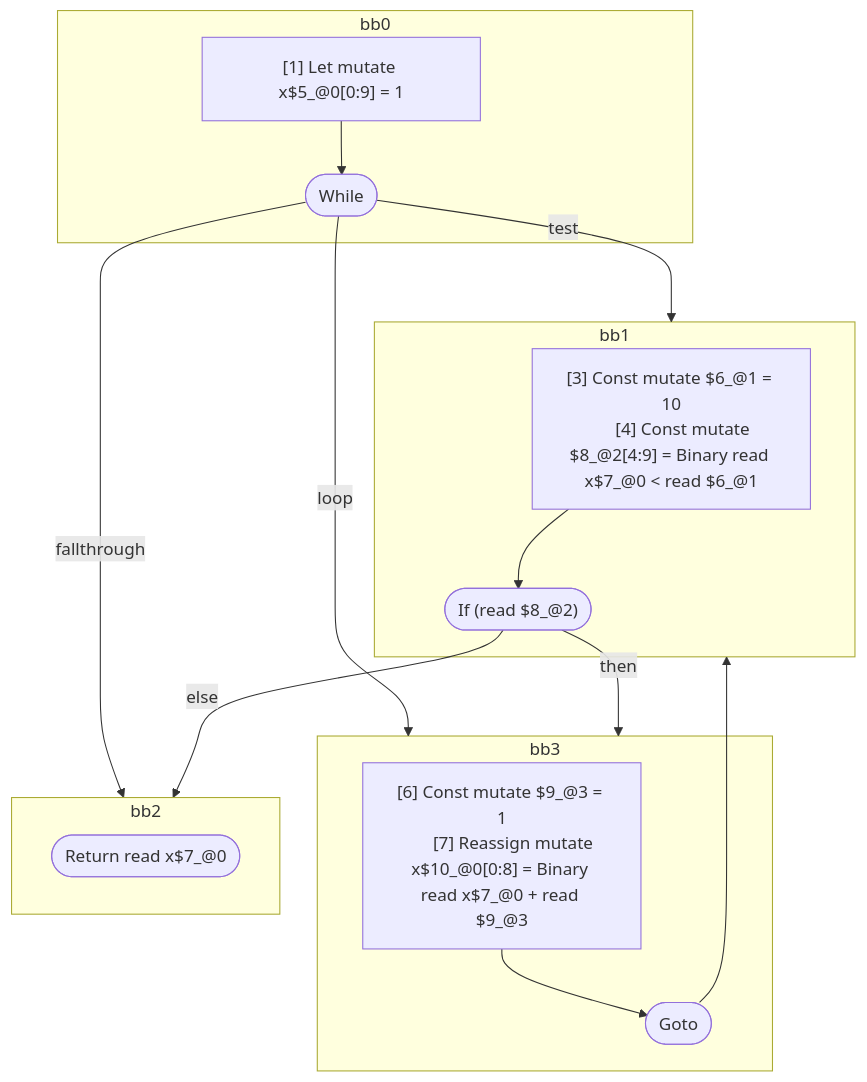
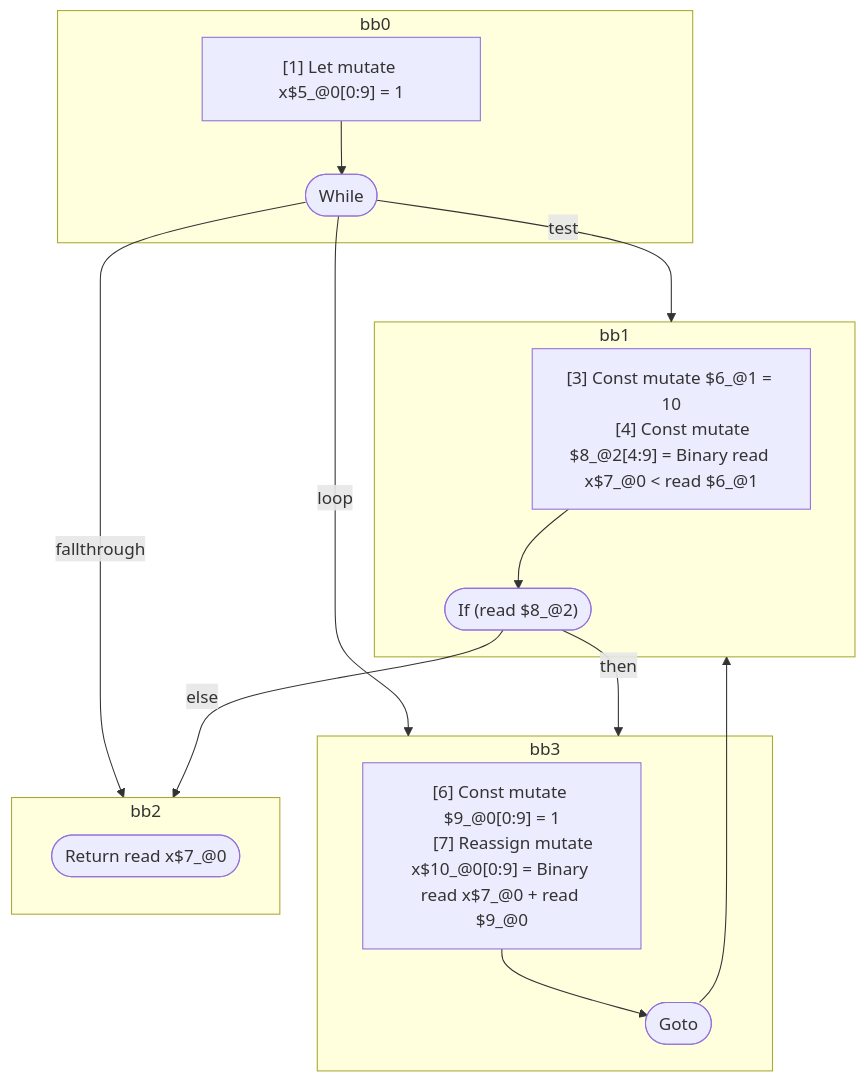
One commit to wutsmog/private changed the diagram in compiler/forget/src/__tests__/fixtures/hir/ssa-while.expect.md. Above: the diagram before and after it, drawn with Mermaid. The commit also changed other lines of this file and 30 other files, not shown here.

First line of the commit message:
Merge scopes that interleave or cross control-flow boundaries together

````diff
--- a/compiler/forget/src/__tests__/fixtures/hir/ssa-while.expect.md
+++ b/compiler/forget/src/__tests__/fixtures/hir/ssa-while.expect.md
@@ -40,36 +40,36 @@
 ```mermaid
 flowchart TB
   %% Basic Blocks
   subgraph bb0
     bb0_instrs["
       [1] Let mutate x$5_@0[0:9] = 1
     "]
     bb0_instrs --> bb0_terminal(["While"])
   end
   subgraph bb1
     bb1_instrs["
       [3] Const mutate $6_@1 = 10
       [4] Const mutate $8_@2[4:9] = Binary read x$7_@0 < read $6_@1
     "]
     bb1_instrs --> bb1_terminal(["If (read $8_@2)"])
   end
   subgraph bb3
     bb3_instrs["
-      [6] Const mutate $9_@3 = 1
-      [7] Reassign mutate x$10_@0[0:8] = Binary read x$7_@0 + read $9_@3
+      [6] Const mutate $9_@0[0:9] = 1
+      [7] Reassign mutate x$10_@0[0:9] = Binary read x$7_@0 + read $9_@0
     "]
     bb3_instrs --> bb3_terminal(["Goto"])
   end
   subgraph bb2
     bb2_terminal(["Return read x$7_@0"])
   end
 
   %% Jumps
   bb0_terminal -- "test" --> bb1
   bb0_terminal -- "loop" --> bb3
   bb0_terminal -- "fallthrough" --> bb2
   bb1_terminal -- "then" --> bb3
   bb1_terminal -- "else" --> bb2
   bb3_terminal --> bb1
 
 ```
````
